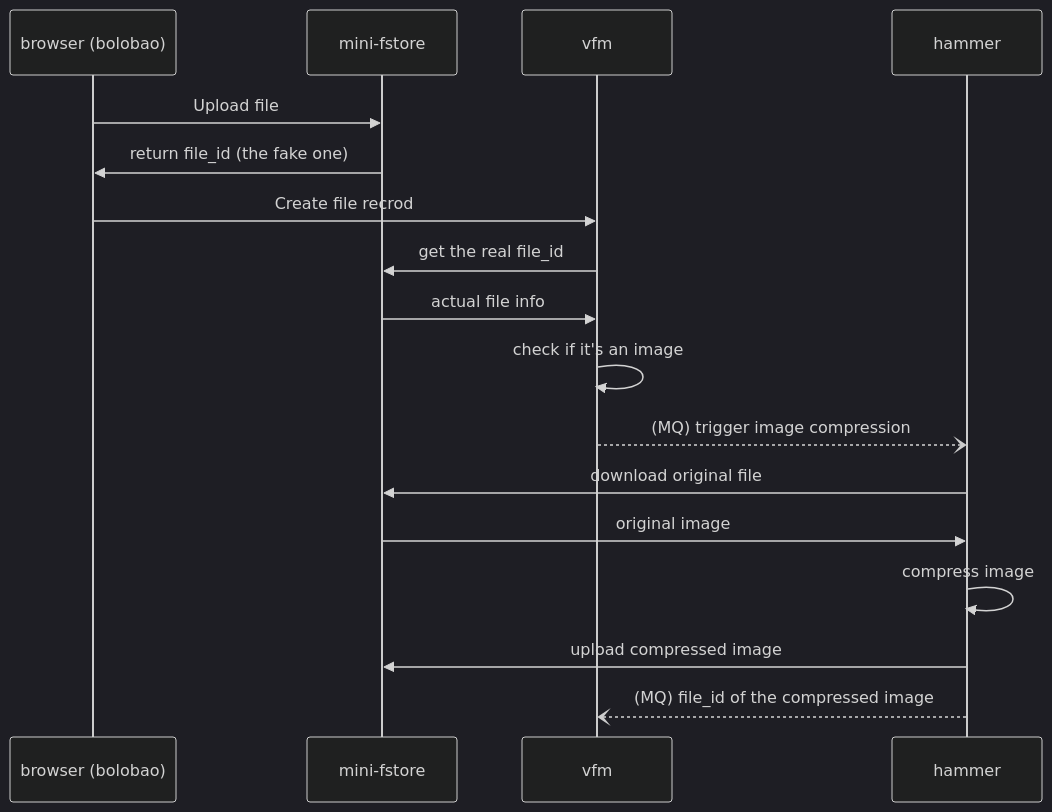
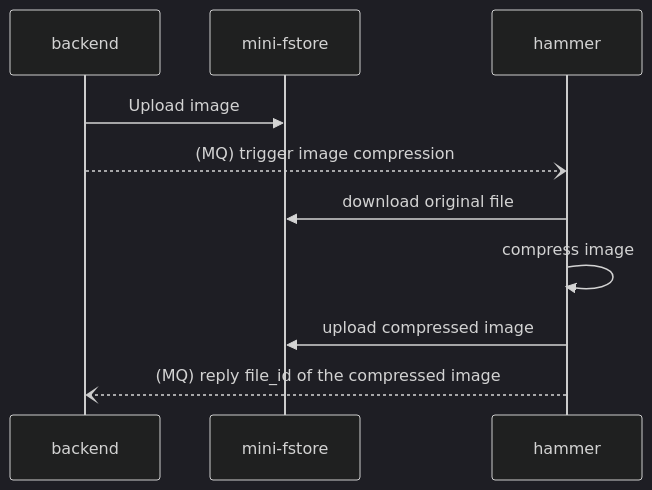
One commit to CurtisNewbie/hammer changed the diagram in README.md. Above: the diagram before and after it, drawn with Mermaid (dark theme). The commit also changed other lines of this file, not shown here.

````diff
--- a/README.md
+++ b/README.md
@@ -19,21 +18,14 @@
 ```mermaid
 sequenceDiagram
 
-    participant b as browser (bolobao)
+    participant b as backend
     participant m as mini-fstore
-    participant v as vfm
     participant h as hammer
 
-    b->>m:Upload file
-    m->>b:return file_id (the fake one)
-    b->>v:Create file recrod
-    v->>m:get the real file_id
-    m->>v:actual file info
-    v->>v:check if it's an image
-    v--)h:(MQ) trigger image compression
+    b->>m:Upload image
+    b--)h:(MQ) trigger image compression
     h->>m:download original file
-    m->>h:original image
     h->>h:compress image
     h->>m:upload compressed image
-    h--)v:(MQ) file_id of the compressed image
+    h--)b:(MQ) reply file_id of the compressed image
 ```
````
